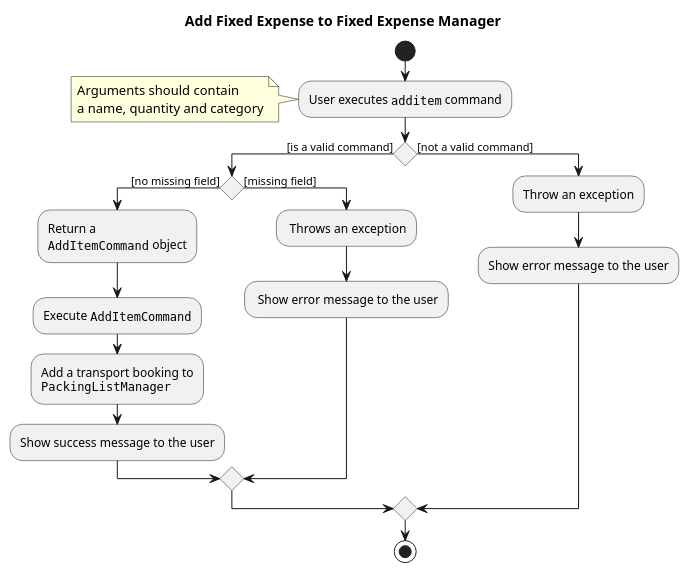
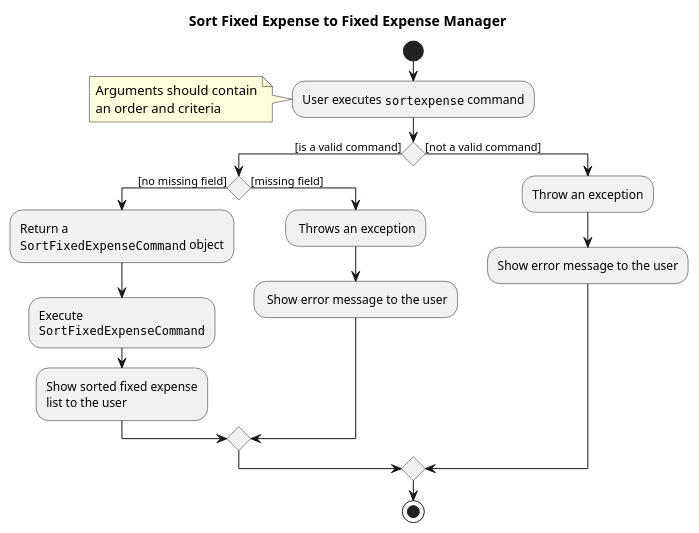
The diagram in docs/diagrams/fixedexpense/AddFixedExpenseActivityDiagram.puml (zenatrick/main), drawn with PlantUML before and after one commit. The commit also changed 1 other file, not shown here.

Commit message:
Update fixed expense in DG

```diff
--- a/docs/diagrams/fixedexpense/AddFixedExpenseActivityDiagram.puml
+++ b/docs/diagrams/fixedexpense/AddFixedExpenseActivityDiagram.puml
@@ -1,41 +1,40 @@
 @startuml
-title Add Fixed Expense to Fixed Expense Manager
+title Sort Fixed Expense to Fixed Expense Manager
 
 start
 
-:User executes ""additem"" command;
+:User executes ""sortexpense"" command;
 note left
   Arguments should contain
-  a name, quantity and category
+  an order and criteria
 end note
 
 if () then ([is a valid command])
 
 
     if () then ([no missing field])
 
             :Return a
-            ""AddItemCommand"" object;
+            ""SortFixedExpenseCommand"" object;
 
-            :Execute ""AddItemCommand"";
+            :Execute
+            ""SortFixedExpenseCommand"";
 
-            :Add a transport booking to
-            ""PackingListManager"";
-
-            :Show success message to the user;
+            :Show sorted fixed expense
+            list to the user;
 
     else ([missing field])
             : Throws an exception;
 
             : Show error message to the user;
     endif
 
 else ([not a valid command])
     :Throw an exception;
 
     :Show error message to the user;
 endif
 
 stop
 
 @enduml
```
